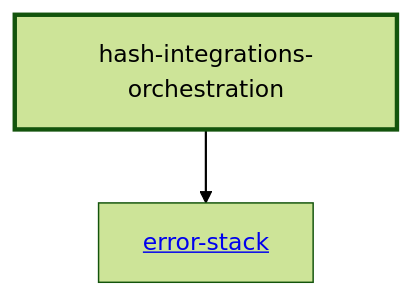
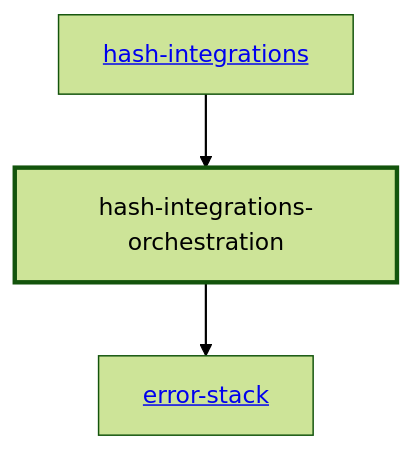
The diagram in libs/@local/integrations/orchestration/docs/dependency-diagram.mmd (hashintel/hash), drawn with Mermaid (forest theme) before and after one commit. The commit also changed 5 other files, not shown here.

```diff
--- a/libs/@local/integrations/orchestration/docs/dependency-diagram.mmd
+++ b/libs/@local/integrations/orchestration/docs/dependency-diagram.mmd
@@ -1,14 +1,16 @@
 graph TD
     linkStyle default stroke-width:1.5px
     classDef default stroke-width:1px
     classDef root stroke-width:3px
     classDef dev stroke-width:1px
     classDef build stroke-width:1px
     %% Legend
     %% --> : Normal dependency
     %% -.-> : Dev dependency
     %% ---> : Build dependency
-    0[hash-integrations-orchestration]
-    class 0 root
-    1[<a href="../error_stack/index.html">error-stack</a>]
+    0[<a href="../hash_integrations/index.html">hash-integrations</a>]
+    1[hash-integrations-orchestration]
+    class 1 root
+    2[<a href="../error_stack/index.html">error-stack</a>]
     0 --> 1
+    1 --> 2
```
